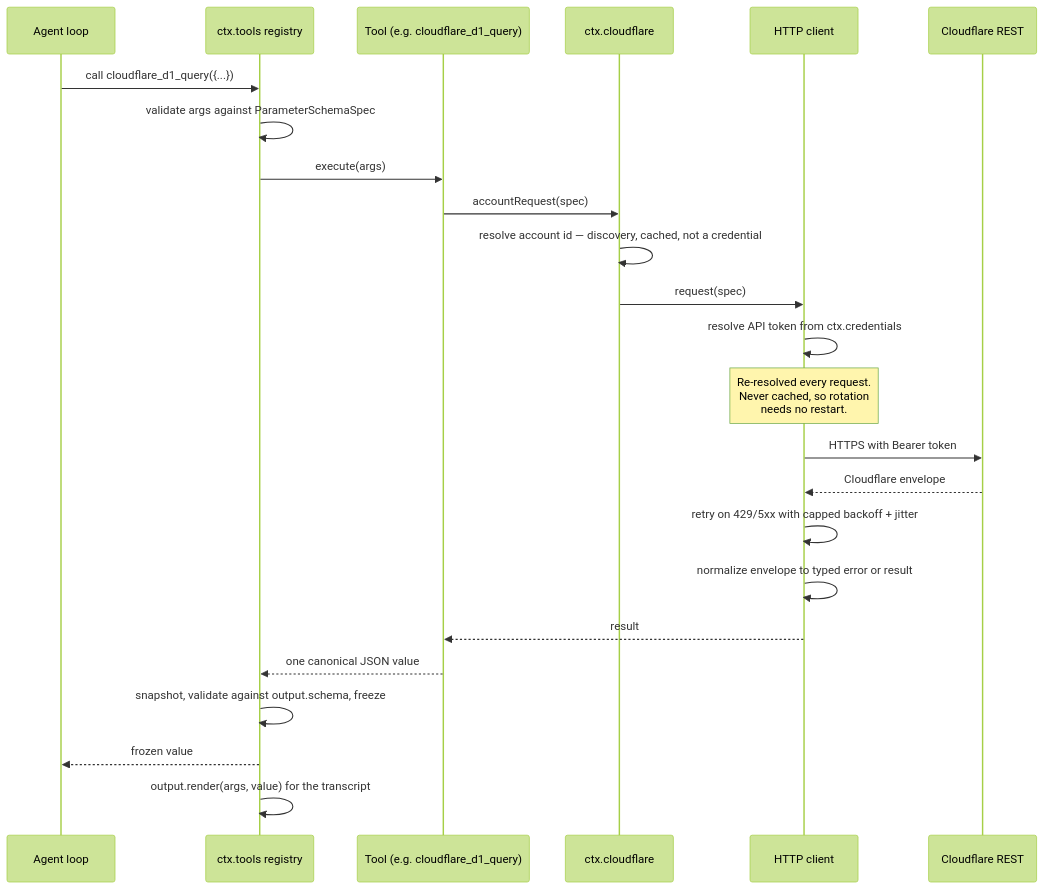
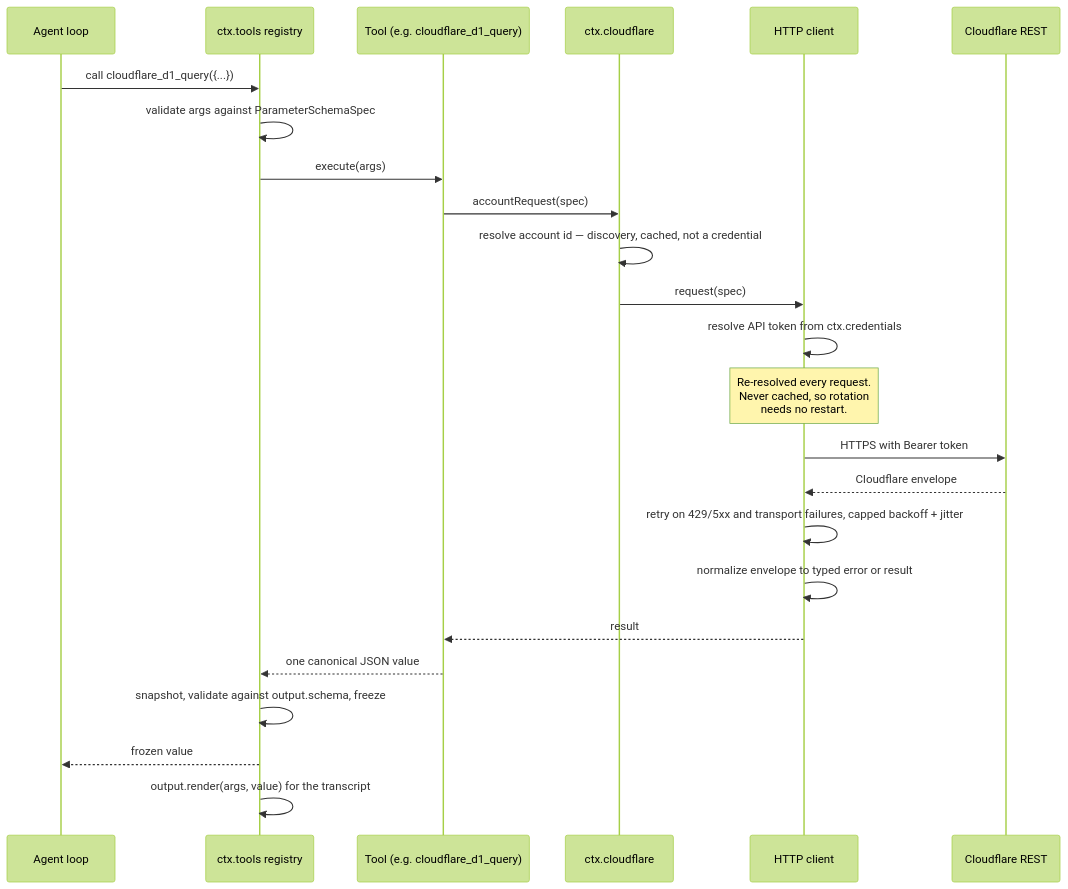
The second of 8 diagrams in README.md (d4551/cloudflare-dsh), drawn with Mermaid (forest theme) before and after one commit. The commit also changed other lines of this file and 10 other files, not shown here.

````diff
--- a/README.md
+++ b/README.md
@@ -229,27 +228,27 @@
 ```mermaid
 sequenceDiagram
     participant A as Agent loop
     participant R as ctx.tools registry
     participant T as Tool (e.g. cloudflare_d1_query)
     participant S as ctx.cloudflare
     participant C as HTTP client
     participant CF as Cloudflare REST
 
     A->>R: call cloudflare_d1_query({...})
     R->>R: validate args against ParameterSchemaSpec
     R->>T: execute(args)
     T->>S: accountRequest(spec)
     S->>S: resolve account id — discovery, cached, not a credential
     S->>C: request(spec)
     C->>C: resolve API token from ctx.credentials
     Note over C: Re-resolved every request.<br/>Never cached, so rotation<br/>needs no restart.
     C->>CF: HTTPS with Bearer token
     CF-->>C: Cloudflare envelope
-    C->>C: retry on 429/5xx with capped backoff + jitter
+    C->>C: retry on 429/5xx and transport failures, capped backoff + jitter
     C->>C: normalize envelope to typed error or result
     C-->>T: result
     T-->>R: one canonical JSON value
     R->>R: snapshot, validate against output.schema, freeze
     R-->>A: frozen value
     R->>R: output.render(args, value) for the transcript
 ```
````
